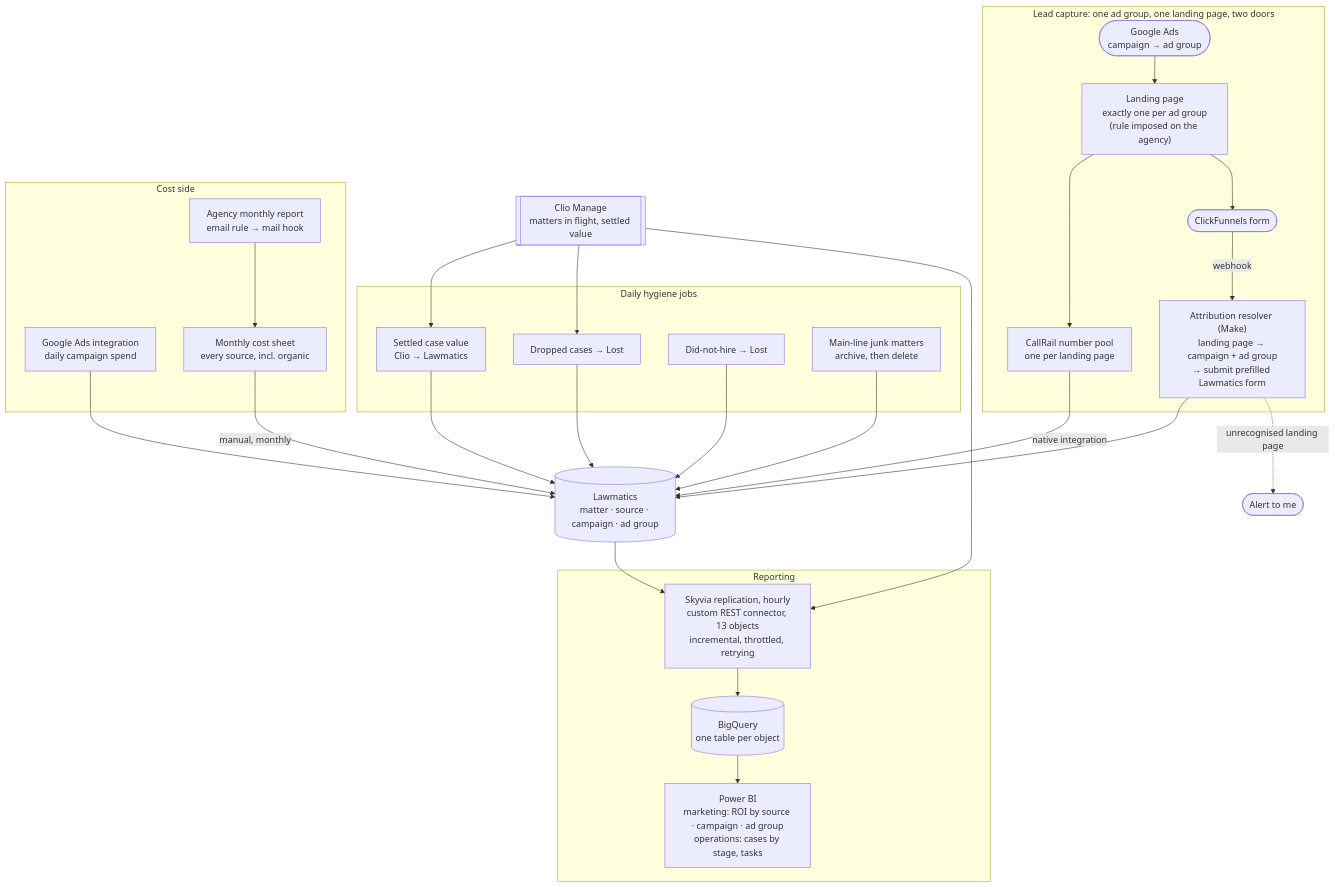
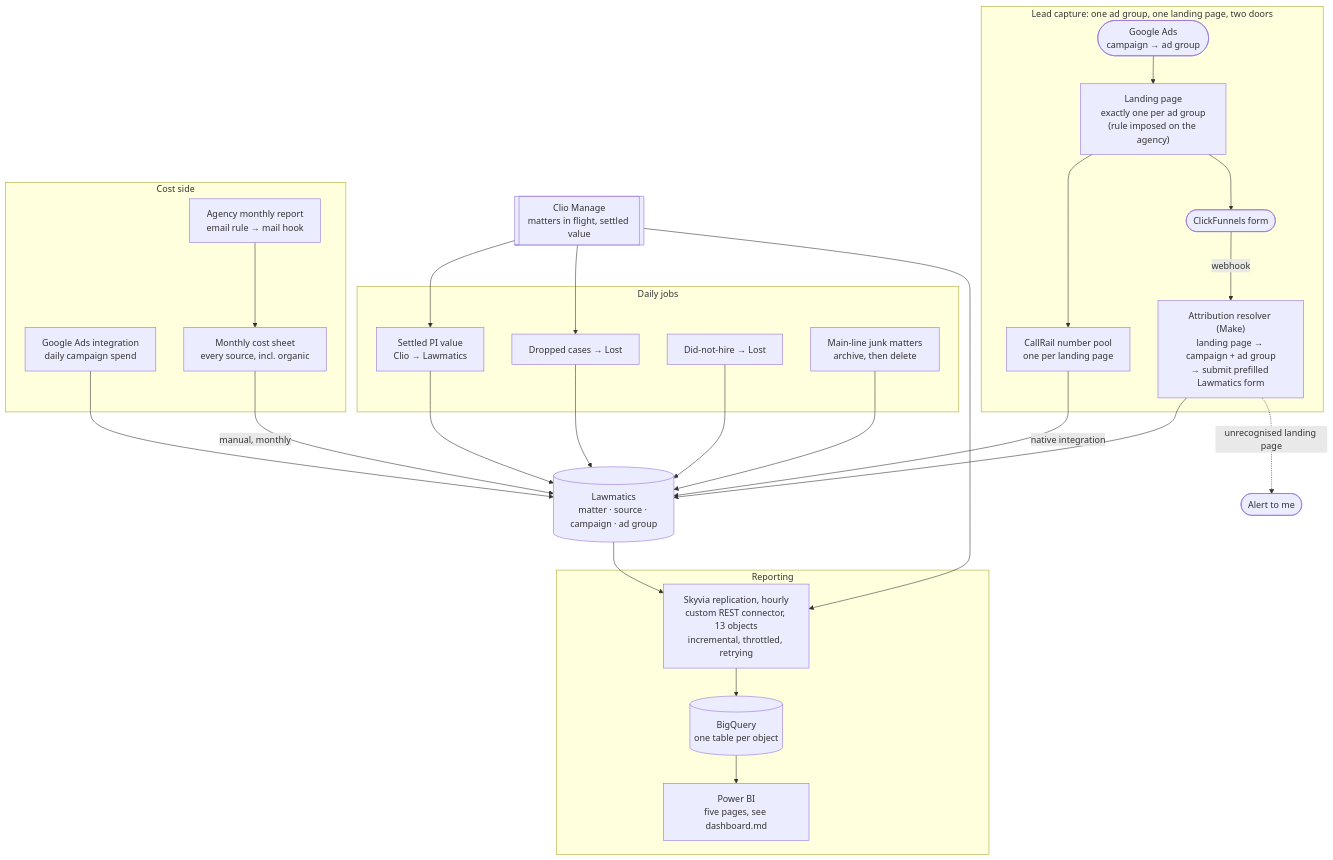
Before and after one commit to laraderosa-lab/laraderosa-solutions: the diagram in marketing-attribution/README.md, drawn with Mermaid. The commit also changed other lines of this file and 2 other files, not shown here.

First line of the commit message:
Marketing: iteration 1, restructured as a six-step chain

````diff
--- a/marketing-attribution/README.md
+++ b/marketing-attribution/README.md
@@ -220,48 +254,48 @@
 ```mermaid
 flowchart TB
   subgraph capture["Lead capture: one ad group, one landing page, two doors"]
     ag(["Google Ads<br/>campaign → ad group"])
     lp["Landing page<br/>exactly one per ad group<br/>(rule imposed on the agency)"]
     cr["CallRail number pool<br/>one per landing page"]
     form(["ClickFunnels form"])
     resolver["Attribution resolver (Make)<br/>landing page → campaign + ad group<br/>→ submit prefilled Lawmatics form"]
   end
 
   lm[("Lawmatics<br/>matter · source · campaign · ad group")]
   clio[["Clio Manage<br/>matters in flight, settled value"]]
 
   subgraph costs["Cost side"]
     ads["Google Ads integration<br/>daily campaign spend"]
     report["Agency monthly report<br/>email rule → mail hook"]
     sheet["Monthly cost sheet<br/>every source, incl. organic"]
   end
 
-  subgraph hygiene["Daily hygiene jobs"]
-    h1["Settled case value<br/>Clio → Lawmatics"]
+  subgraph hygiene["Daily jobs"]
+    h1["Settled PI value<br/>Clio → Lawmatics"]
     h2["Dropped cases → Lost"]
     h3["Did-not-hire → Lost"]
     h4["Main-line junk matters<br/>archive, then delete"]
   end
 
   subgraph bi["Reporting"]
     sky["Skyvia replication, hourly<br/>custom REST connector, 13 objects<br/>incremental, throttled, retrying"]
     bq[("BigQuery<br/>one table per object")]
-    pbi["Power BI<br/>marketing: ROI by source · campaign · ad group<br/>operations: cases by stage, tasks"]
+    pbi["Power BI<br/>five pages, see dashboard.md"]
   end
 
   alert(["Alert to me"])
 
   ag --> lp
   lp --> cr -->|"native integration"| lm
   lp --> form -->|webhook| resolver --> lm
   resolver -.->|"unrecognised landing page"| alert
   ads --> lm
   report --> sheet -->|"manual, monthly"| lm
   clio --> h1 --> lm
   clio --> h2 --> lm
   h3 --> lm
   h4 --> lm
   lm --> sky
   clio --> sky
   sky --> bq --> pbi
 ```
````
